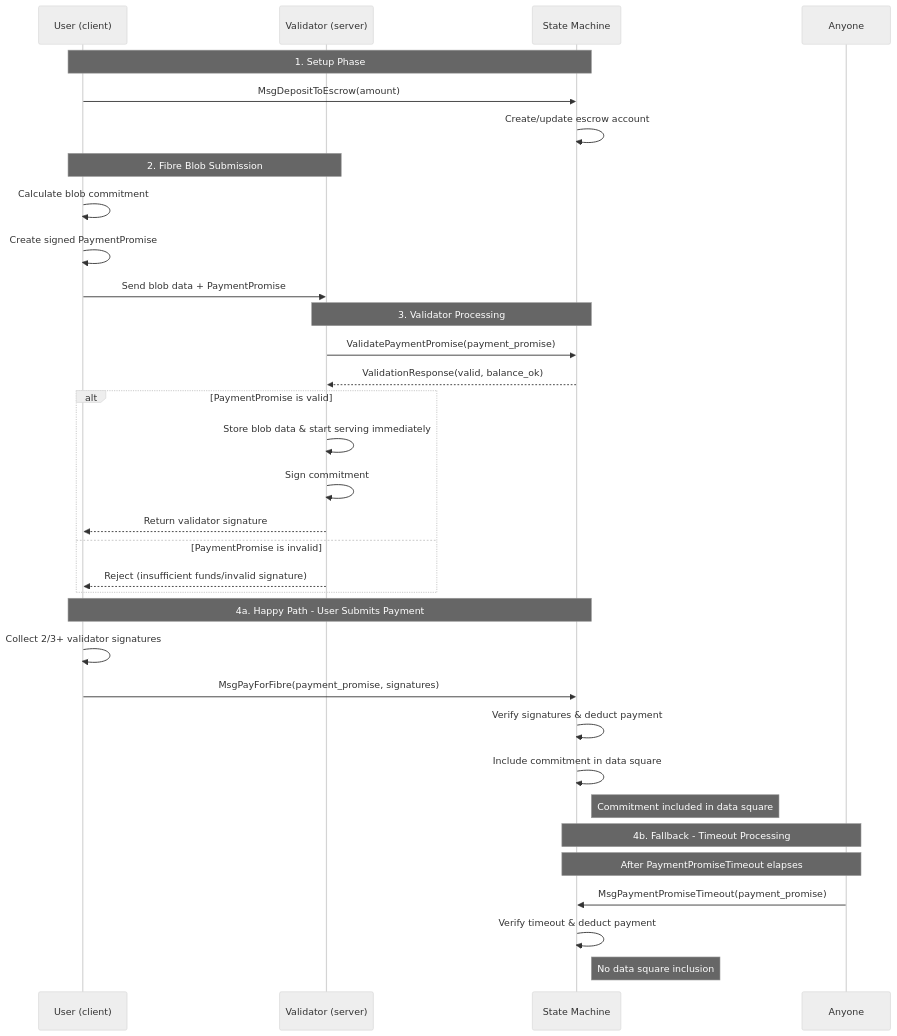
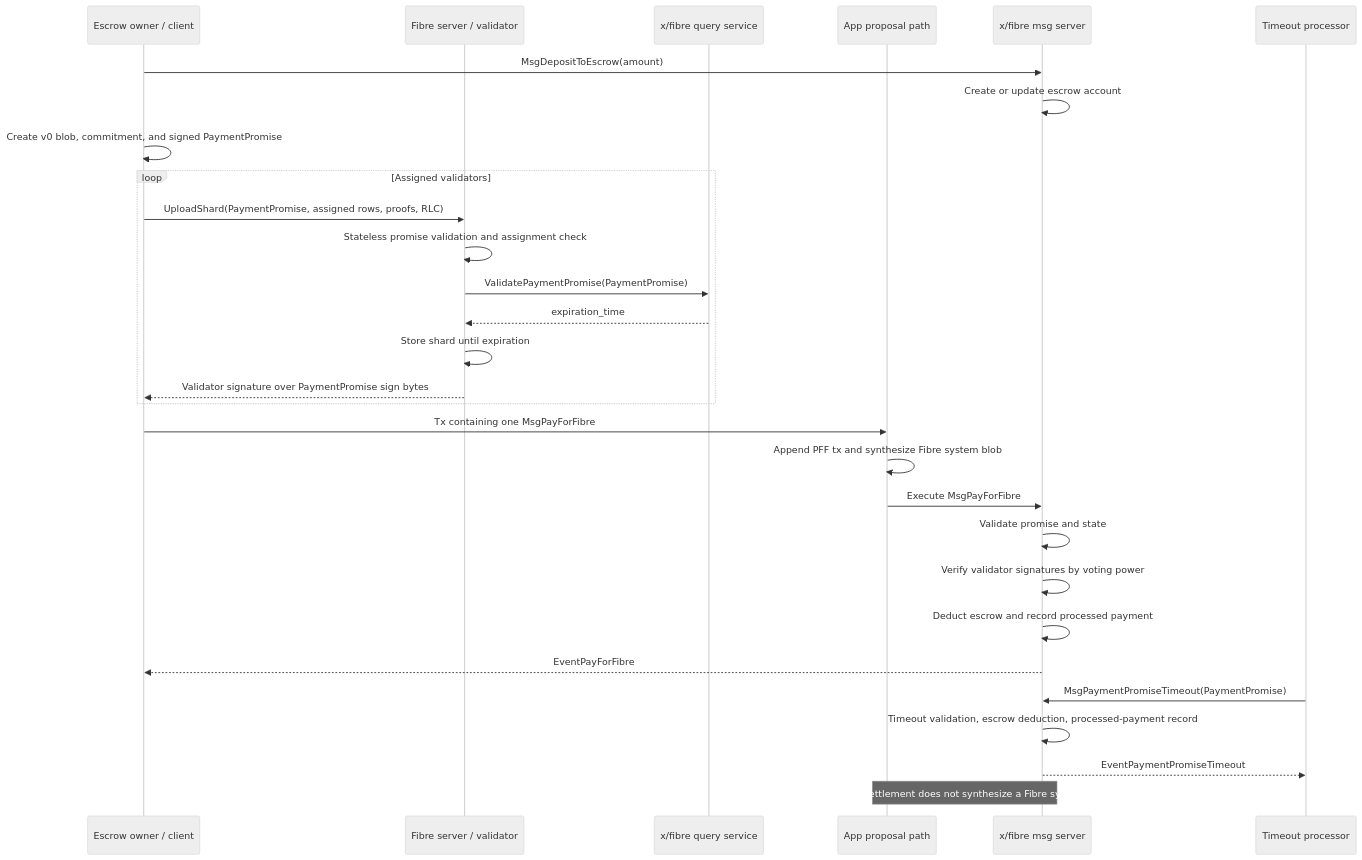
The first of 2 diagrams in specs/src/fibre_module.md (celestiaorg/celestia-app), drawn with Mermaid (neutral theme) before and after one commit. The commit also changed other lines of this file and 4 other files, not shown here.

````diff
--- a/specs/src/fibre_module.md
+++ b/specs/src/fibre_module.md
@@ -61,41 +20,35 @@
 ```mermaid
 sequenceDiagram
-    participant U as User (client)
-    participant V as Validator (server)
-    participant SM as State Machine
-    participant X as Anyone
+    participant C as Escrow owner / client
+    participant FS as Fibre server / validator
+    participant Q as x/fibre query service
+    participant A as App proposal path
+    participant M as x/fibre msg server
+    participant P as Timeout processor
 
-    Note over U,SM: 1. Setup Phase
-    U->>SM: MsgDepositToEscrow(amount)
-    SM->>SM: Create/update escrow account
+    C->>M: MsgDepositToEscrow(amount)
+    M->>M: Create or update escrow account
 
-    Note over U,V: 2. Fibre Blob Submission
-    U->>U: Calculate blob commitment
-    U->>U: Create signed PaymentPromise
-    U->>V: Send blob data + PaymentPromise
-
-    Note over V,SM: 3. Validator Processing
-    V->>SM: ValidatePaymentPromise(payment_promise)
-    SM-->>V: ValidationResponse(valid, balance_ok)
-
-    alt PaymentPromise is valid
-        V->>V: Store blob data & start serving immediately
-        V->>V: Sign commitment
-        V-->>U: Return validator signature
-    else PaymentPromise is invalid
-        V-->>U: Reject (insufficient funds/invalid signature)
+    C->>C: Create v0 blob, commitment, and signed PaymentPromise
+    loop Assigned validators
+        C->>FS: UploadShard(PaymentPromise, assigned rows, proofs, RLC)
+        FS->>FS: Stateless promise validation and assignment check
+        FS->>Q: ValidatePaymentPromise(PaymentPromise)
+        Q-->>FS: expiration_time
+        FS->>FS: Store shard until expiration
+        FS-->>C: Validator signature over PaymentPromise sign bytes
     end
 
-    Note over U,SM: 4a. Happy Path - User Submits Payment
-    U->>U: Collect 2/3+ validator signatures
-    U->>SM: MsgPayForFibre(payment_promise, signatures)
-    SM->>SM: Verify signatures & deduct payment
-    SM->>SM: Include commitment in data square
-    Note right of SM: Commitment included in data square
+    C->>A: Tx containing one MsgPayForFibre
+    A->>A: Append PFF tx and synthesize Fibre system blob
+    A->>M: Execute MsgPayForFibre
+    M->>M: Validate promise and state
+    M->>M: Verify validator signatures by voting power
+    M->>M: Deduct escrow and record processed payment
+    M-->>C: EventPayForFibre
 
-    Note over X,SM: 4b. Fallback - Timeout Processing
-    Note over X,SM: After PaymentPromiseTimeout elapses
-    X->>SM: MsgPaymentPromiseTimeout(payment_promise)
-    SM->>SM: Verify timeout & deduct payment
-    Note right of SM: No data square inclusion
+    P->>M: MsgPaymentPromiseTimeout(PaymentPromise)
+    M->>M: Timeout validation, escrow deduction, processed-payment record
+    M-->>P: EventPaymentPromiseTimeout
+    Note over M,A: Timeout settlement does not synthesize a Fibre system blob
 ```
````
